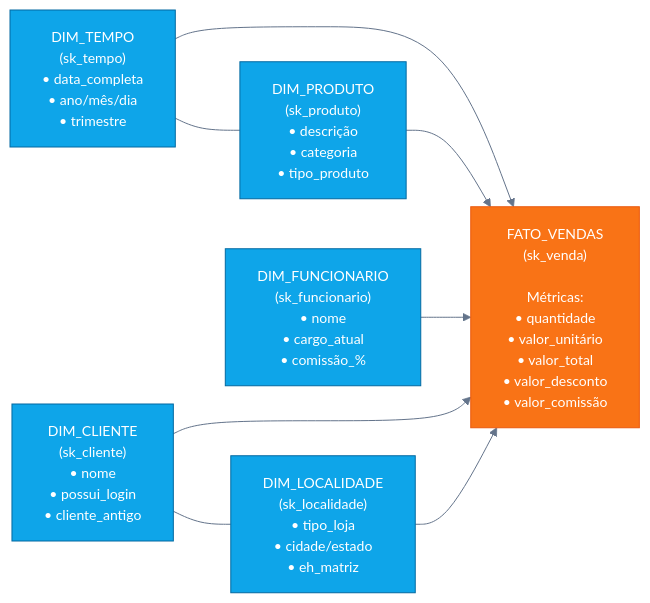
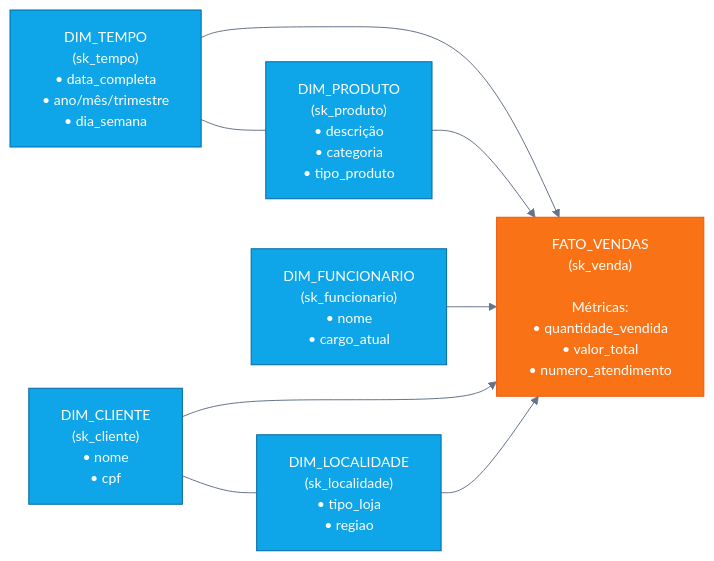
One commit to FellipeGabriel/dw_bdiii changed the first of 3 diagrams in dw_varejo_structure_mermaid_v2 (1).md. Above: the diagram before and after it, drawn with Mermaid. The commit also changed other lines of this file, not shown here.

````diff
--- a/dw_varejo_structure_mermaid_v2 (1).md
+++ b/dw_varejo_structure_mermaid_v2 (1).md
@@ -7,26 +7,26 @@
 ```mermaid
 %%{init: {'theme':'neutral','themeVariables':{
   'primaryColor':'#e2e8f0','lineColor':'#64748b','fontSize':'14px'
 }, 'flowchart':{'curve':'basis','padding':16}}}%%
 flowchart LR
   classDef fact fill:#f97316,stroke:#ea580c,color:#fff,stroke-width:1px;
   classDef dim  fill:#0ea5e9,stroke:#0369a1,color:#fff,stroke-width:1px;
 
-  DT["DIM_TEMPO\n(sk_tempo)\n• data_completa\n• ano/mês/dia\n• trimestre"]:::dim
+  DT["DIM_TEMPO\n(sk_tempo)\n• data_completa\n• ano/mês/trimestre\n• dia_semana"]:::dim
   DP["DIM_PRODUTO\n(sk_produto)\n• descrição\n• categoria\n• tipo_produto"]:::dim
-  DFN["DIM_FUNCIONARIO\n(sk_funcionario)\n• nome\n• cargo_atual\n• comissão_%"]:::dim
-  DC["DIM_CLIENTE\n(sk_cliente)\n• nome\n• possui_login\n• cliente_antigo"]:::dim
-  DL["DIM_LOCALIDADE\n(sk_localidade)\n• tipo_loja\n• cidade/estado\n• eh_matriz"]:::dim
+  DFN["DIM_FUNCIONARIO\n(sk_funcionario)\n• nome\n• cargo_atual"]:::dim
+  DC["DIM_CLIENTE\n(sk_cliente)\n• nome\n• cpf"]:::dim
+  DL["DIM_LOCALIDADE\n(sk_localidade)\n• tipo_loja\n• regiao"]:::dim
 
-  FV["FATO_VENDAS\n(sk_venda)\n\nMétricas:\n• quantidade\n• valor_unitário\n• valor_total\n• valor_desconto\n• valor_comissão"]:::fact
+  FV["FATO_VENDAS\n(sk_venda)\n\nMétricas:\n• quantidade_vendida\n• valor_total\n• numero_atendimento"]:::fact
 
   DT --> FV
   DP --> FV
   DFN --> FV
   DC --> FV
   DL --> FV
 
   %% layout helpers
   DT ---| | DP
   DC ---| | DL
 ```
````
